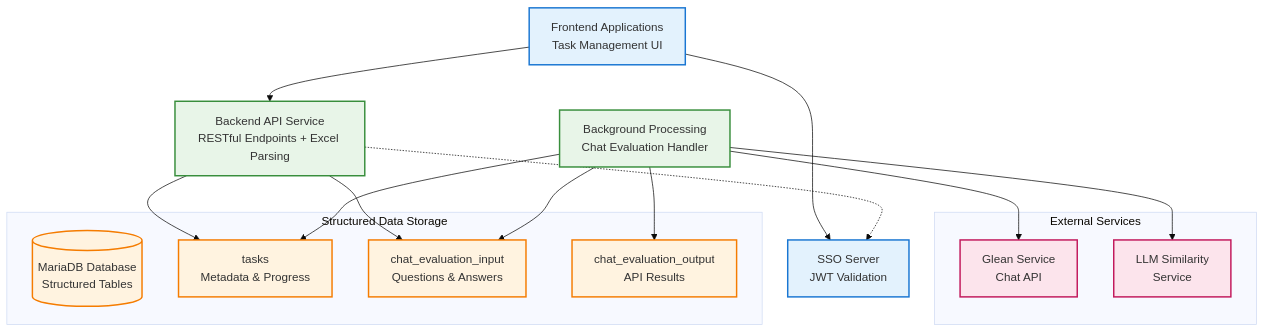
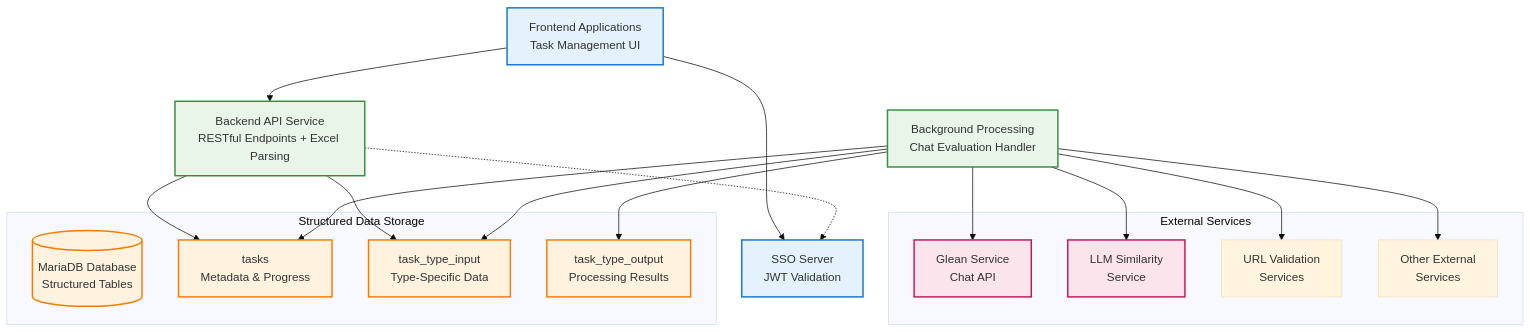
The first of 3 diagrams in docs/README.md (andrewhzy/SpringHttpClientDataJpaDemo), drawn with Mermaid (base theme) before and after one commit. The commit also changed other lines of this file and 1 other file, not shown here.

First line of the commit message:
Add README-SHORT.md for high-level design overview and update README.md for multi-type task management

````diff
--- a/docs/README.md
+++ b/docs/README.md
@@ -79,47 +100,51 @@
 ```mermaid
 graph TB
     %% User Interface Layer
     FE[Frontend Applications<br/>Task Management UI]
     SSO[SSO Server<br/>JWT Validation]
     
     %% Core Services
     API[Backend API Service<br/>RESTful Endpoints + Excel Parsing]
     BGP[Background Processing<br/>Chat Evaluation Handler]
     
     %% External Services
     subgraph "External Services"
         Glean[Glean Service<br/>Chat API]
         LLM[LLM Similarity<br/>Service]
+        URLSvc[URL Validation<br/>Services]
+        Other[Other External<br/>Services]
     end
     
     %% Data Layer - Structured Storage
     subgraph "Structured Data Storage"
         DB[(MariaDB Database<br/>Structured Tables)]
         TasksTable[tasks<br/>Metadata & Progress]
-        ChatInput[chat_evaluation_input<br/>Questions & Answers]
-        ChatOutput[chat_evaluation_output<br/>API Results]
+        TaskInput[task_type_input<br/>Type-Specific Data]
+        TaskOutput[task_type_output<br/>Processing Results]
     end
     
     %% High-level connections
     FE --> API
     FE --> SSO
     API -.-> SSO
     API --> TasksTable
-    API --> ChatInput
+    API --> TaskInput
     BGP --> TasksTable
-    BGP --> ChatInput
-    BGP --> ChatOutput
+    BGP --> TaskInput
+    BGP --> TaskOutput
     BGP --> Glean
     BGP --> LLM
+    BGP --> URLSvc
+    BGP --> Other
     
     %% Styling
     classDef frontend fill:#e3f2fd,stroke:#1976d2,stroke-width:2px
     classDef backend fill:#e8f5e8,stroke:#388e3c,stroke-width:2px
     classDef external fill:#fce4ec,stroke:#c2185b,stroke-width:2px
     classDef database fill:#fff3e0,stroke:#f57c00,stroke-width:2px
     
     class FE,SSO frontend
     class API,BGP backend
     class Glean,LLM external
-    class DB,TasksTable,ChatInput,ChatOutput database
+    class DB,TasksTable,TaskInput,TaskOutput database
 ```
````
